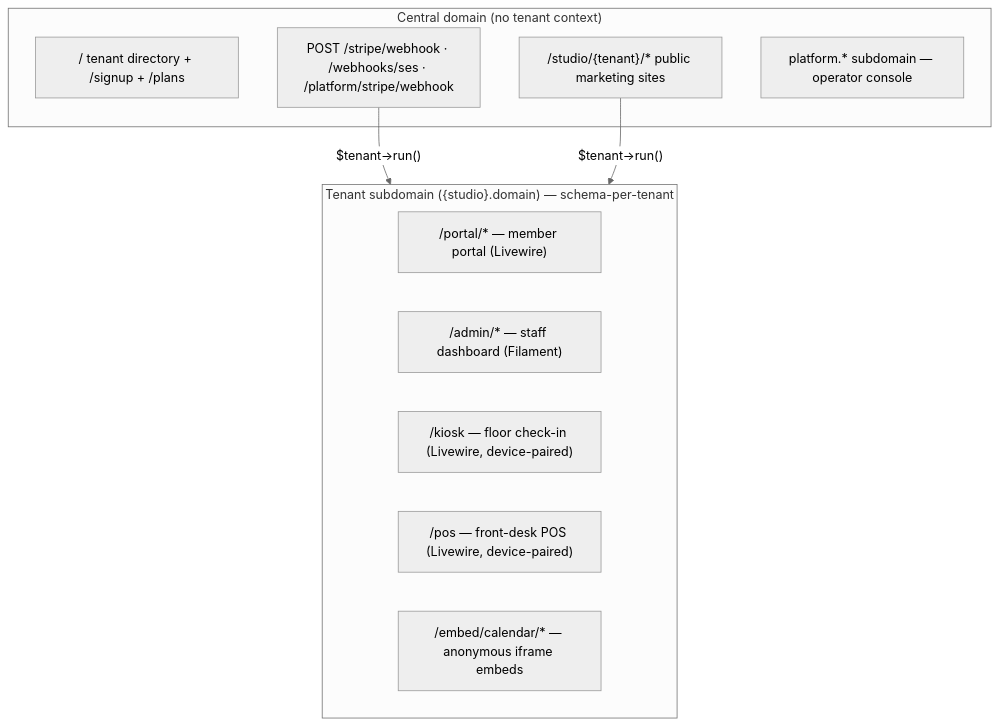
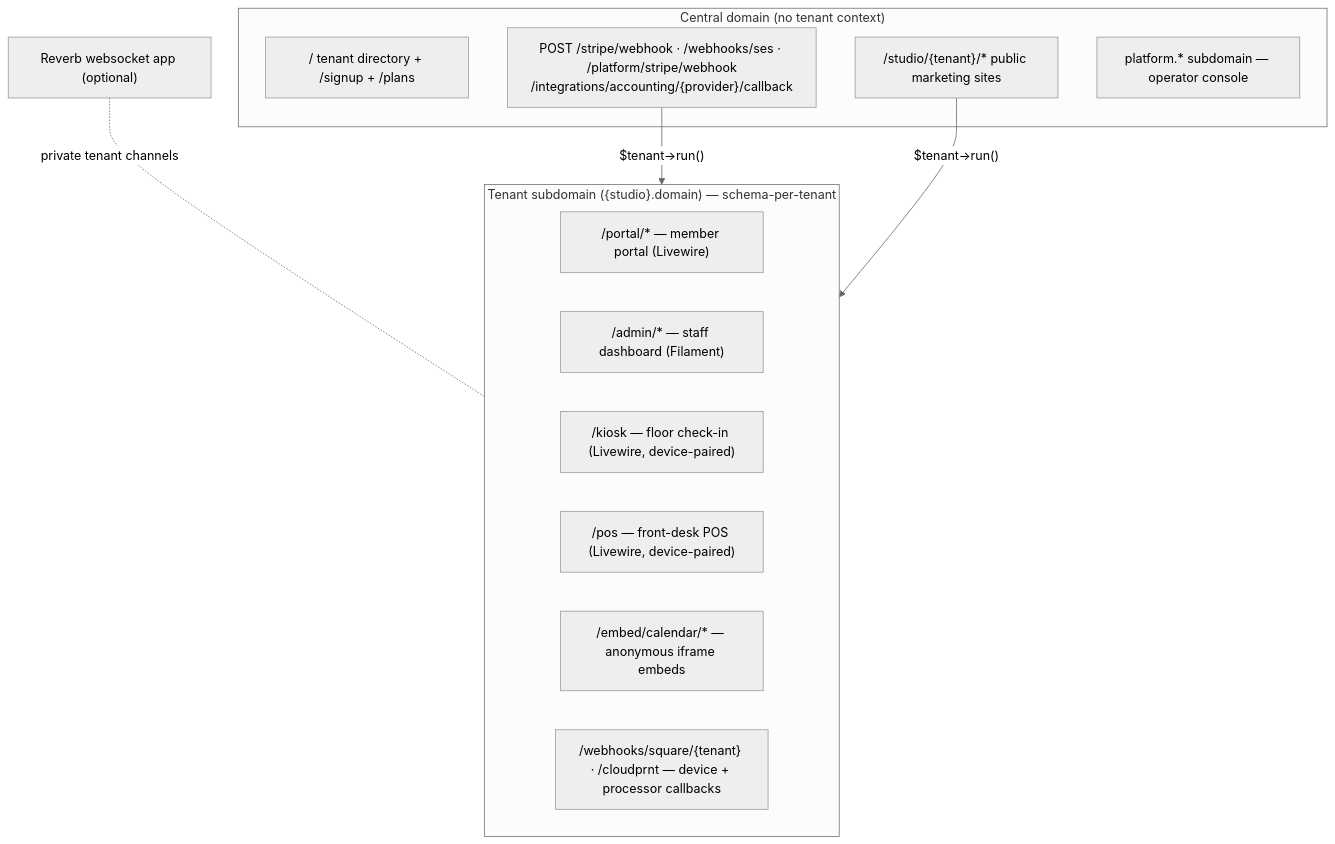
The diagram in docs/01-system-overview.md (TitaniaAnn/makerhearth-architecture), drawn with Mermaid (neutral theme) before and after one commit. The commit also changed other lines of this file and 20 other files, not shown here.

````diff
--- a/docs/01-system-overview.md
+++ b/docs/01-system-overview.md
@@ -44,18 +53,20 @@
 ```mermaid
 flowchart TB
     subgraph central["Central domain (no tenant context)"]
         DIR["/ tenant directory + /signup + /plans"]
         MKT["/studio/{tenant}/* public marketing sites"]
-        WH["POST /stripe/webhook · /webhooks/ses · /platform/stripe/webhook"]
+        WH["POST /stripe/webhook · /webhooks/ses · /platform/stripe/webhook<br/>/integrations/accounting/{provider}/callback"]
         PLAT["platform.* subdomain — operator console"]
     end
     subgraph tenant["Tenant subdomain ({studio}.domain) — schema-per-tenant"]
         PORTAL["/portal/* — member portal (Livewire)"]
         ADMIN["/admin/* — staff dashboard (Filament)"]
         KIOSK["/kiosk — floor check-in (Livewire, device-paired)"]
         POS["/pos — front-desk POS (Livewire, device-paired)"]
         EMBED["/embed/calendar/* — anonymous iframe embeds"]
+        DEV["/webhooks/square/{tenant} · /cloudprnt — device + processor callbacks"]
     end
+    REVERB["Reverb websocket app (optional)"] -. "private tenant channels" .- tenant
     WH -- "$tenant->run()" --> tenant
     MKT -- "$tenant->run()" --> tenant
 ```
````
